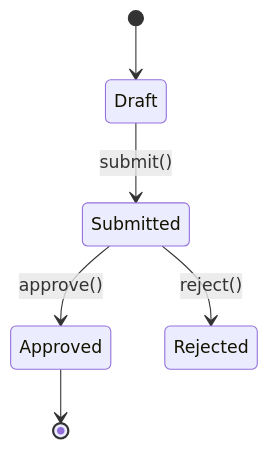
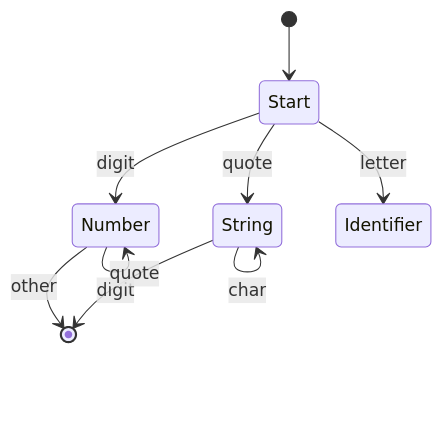
The fourth of 6 diagrams in skills/data/mermaid-diagrams/SKILL.md (runkids/claude-skill-registry), drawn with Mermaid before and after one commit. The commit also changed other lines of this file and 17016 other files, not shown here.

````diff
--- a/skills/data/mermaid-diagrams/SKILL.md
+++ b/skills/data/mermaid-diagrams/SKILL.md
@@ -128,8 +55,11 @@
 ```mermaid
 stateDiagram-v2
-    [*] --> Draft
-    Draft --> Submitted : submit()
-    Submitted --> Approved : approve()
-    Submitted --> Rejected : reject()
-    Approved --> [*]
+    [*] --> Start
+    Start --> Number: digit
+    Start --> String: quote
+    Start --> Identifier: letter
+    Number --> Number: digit
+    Number --> [*]: other
+    String --> String: char
+    String --> [*]: quote
 ```
````
